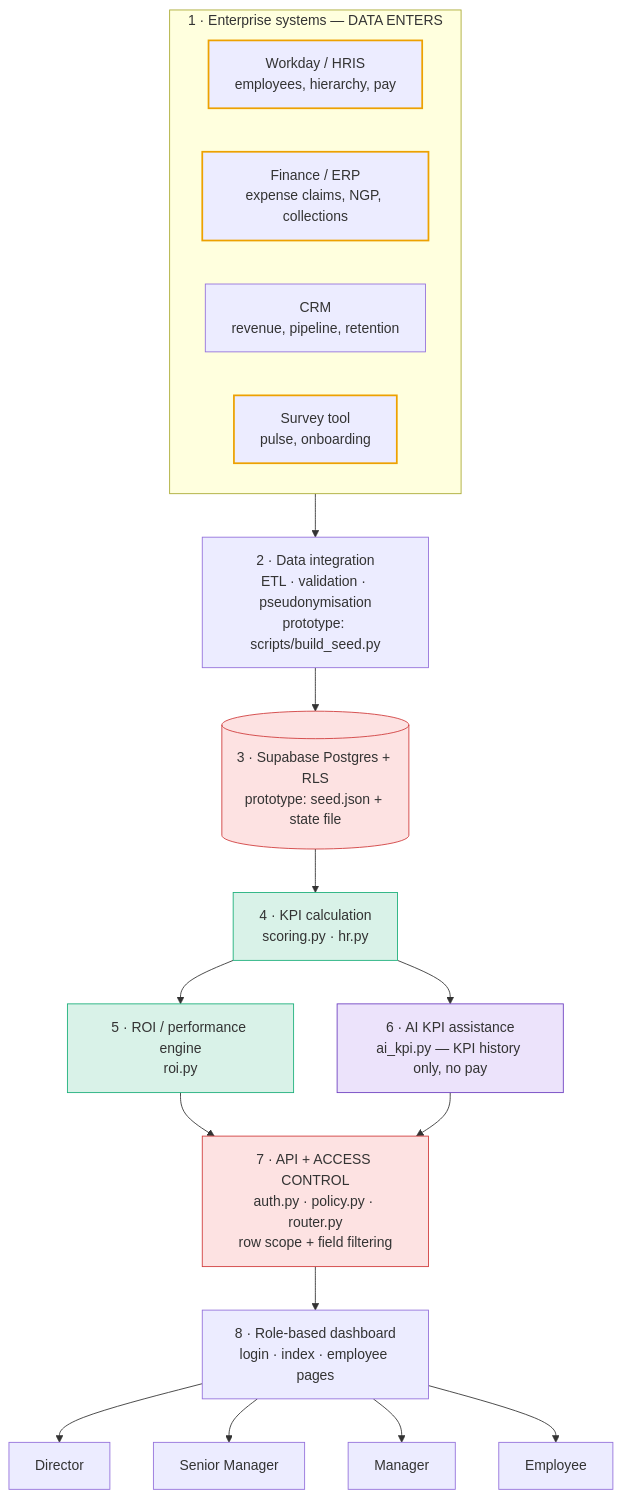
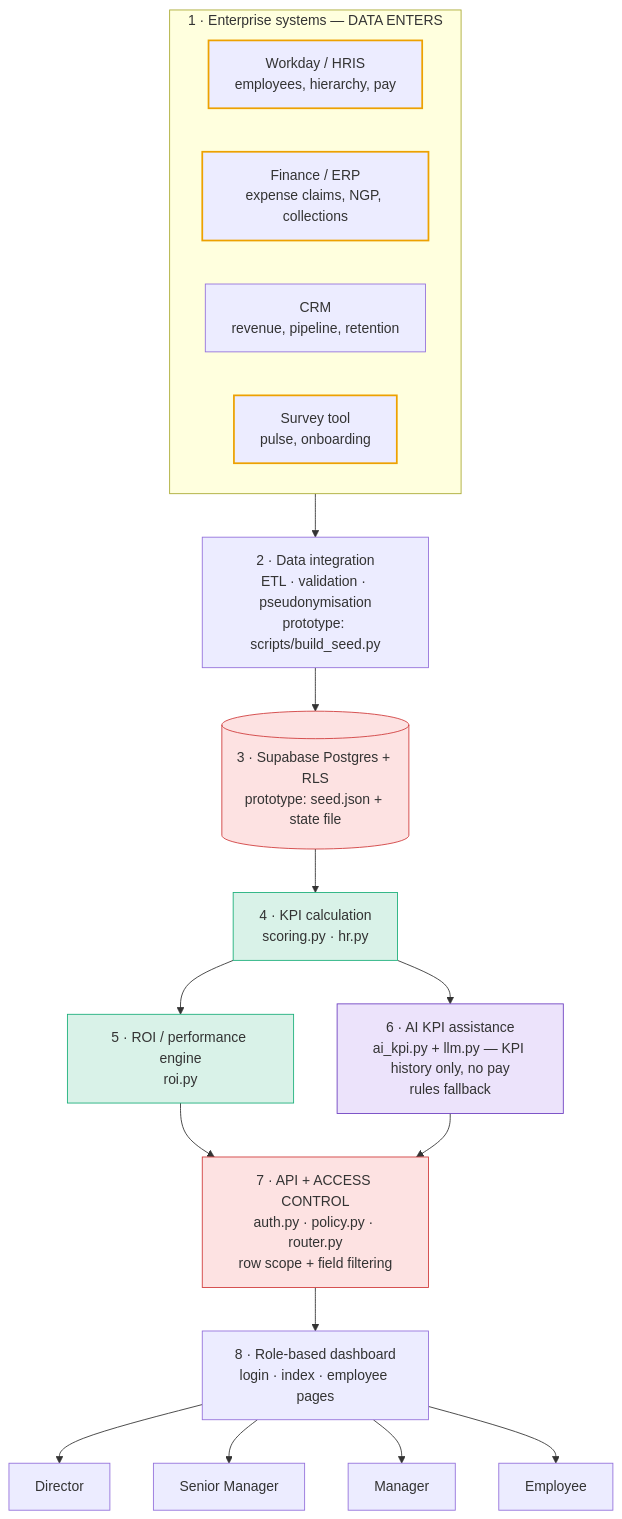
One commit to wongjoan/commercial-return-dashboard changed the diagram in GLOCOMP.md. Above: the diagram before and after it, drawn with Mermaid. The commit also changed other lines of this file and 8 other files, not shown here.

Commit message:
Add Gemini/LLM engine to AI KPI assistant with rules fallback

````diff
--- a/GLOCOMP.md
+++ b/GLOCOMP.md
@@ -28,25 +28,25 @@
 ```mermaid
 flowchart TD
   subgraph S[1 · Enterprise systems — DATA ENTERS]
     WD[Workday / HRIS<br/>employees, hierarchy, pay]:::sens
     ERP[Finance / ERP<br/>expense claims, NGP, collections]:::sens
     CRM[CRM<br/>revenue, pipeline, retention]
     SUR[Survey tool<br/>pulse, onboarding]:::sens
   end
   S --> I[2 · Data integration<br/>ETL · validation · pseudonymisation<br/>prototype: scripts/build_seed.py]
   I --> DB[(3 · Supabase Postgres + RLS<br/>prototype: seed.json + state file)]:::acl
   DB --> K[4 · KPI calculation<br/>scoring.py · hr.py]:::calc
   K --> R[5 · ROI / performance engine<br/>roi.py]:::calc
-  K --> AI[6 · AI KPI assistance<br/>ai_kpi.py — KPI history only, no pay]:::ai
+  K --> AI[6 · AI KPI assistance<br/>ai_kpi.py + llm.py — KPI history only, no pay<br/>rules fallback]:::ai
   R --> API[7 · API + ACCESS CONTROL<br/>auth.py · policy.py · router.py<br/>row scope + field filtering]:::acl
   AI --> API
   API --> UI[8 · Role-based dashboard<br/>login · index · employee pages]
   UI --> D[Director]
   UI --> SM[Senior Manager]
   UI --> M[Manager]
   UI --> E[Employee]
   classDef acl fill:#fde2e2,stroke:#d03b3b
   classDef calc fill:#d9f2e8,stroke:#1baf7a
   classDef ai fill:#ece3fb,stroke:#6d3fc0
   classDef sens stroke:#eda100,stroke-width:2px
 ```
````
